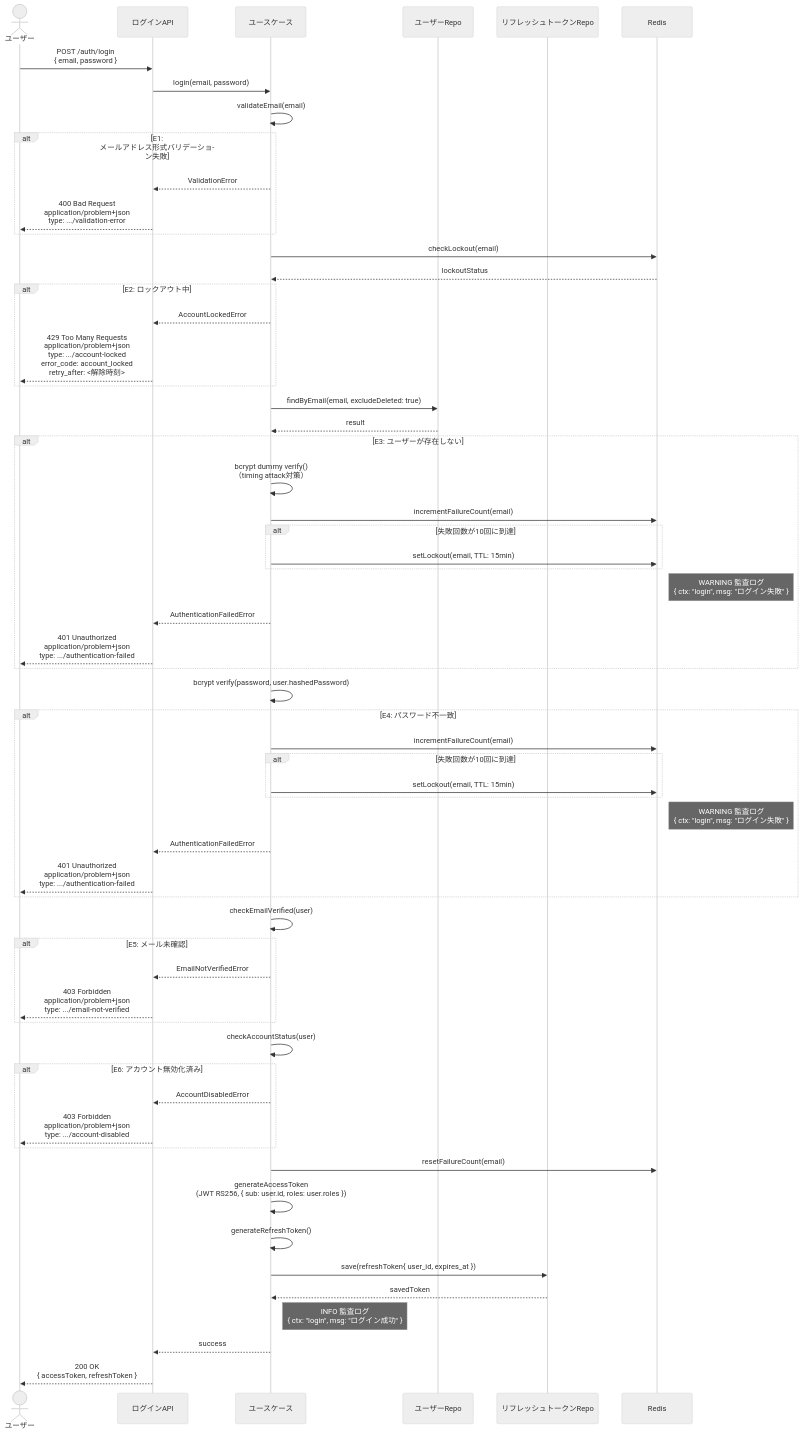
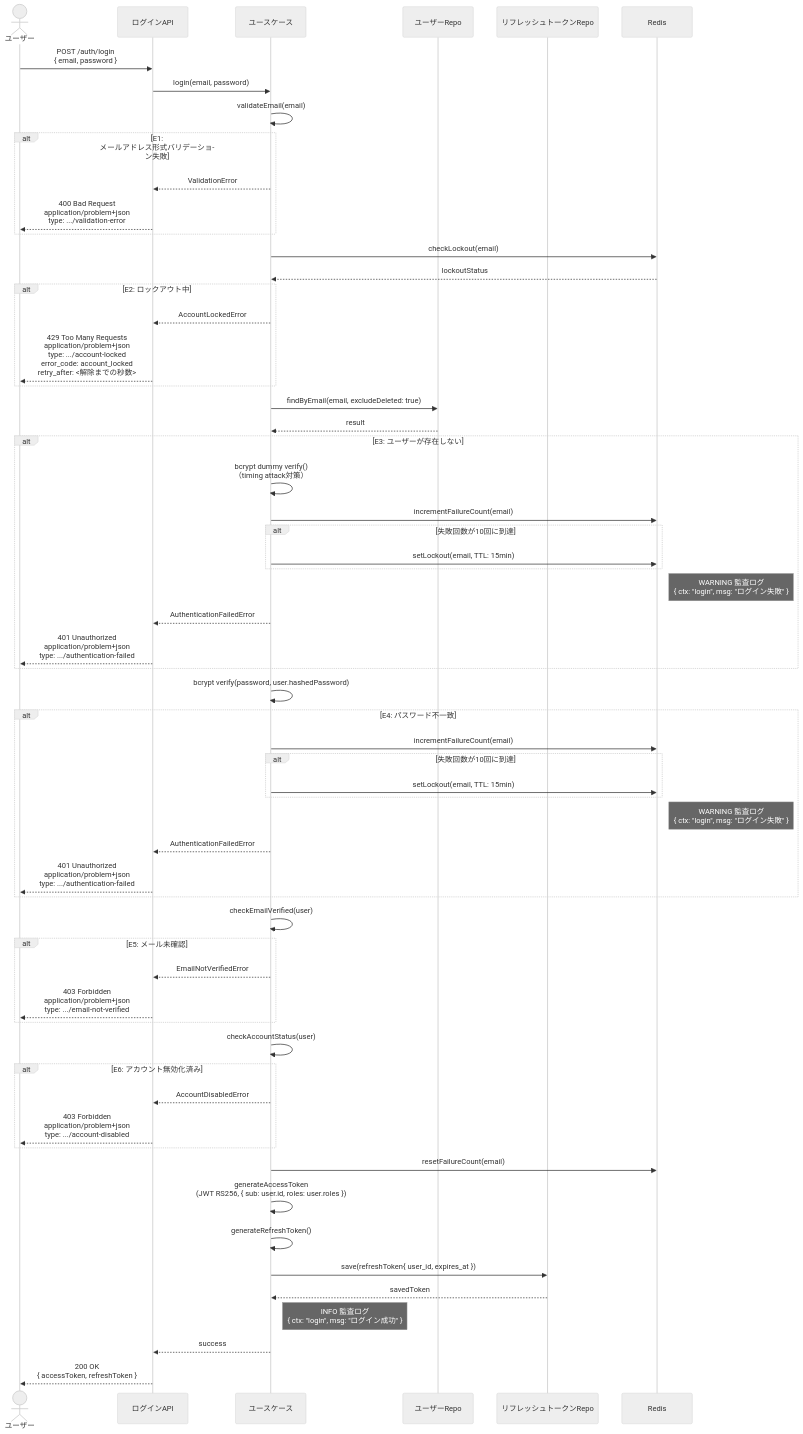
The second of 2 diagrams in .docs/design/buc/BUC-U04.md (suunet/POC_HYDRA_AUTH), drawn with Mermaid (neutral theme) before and after one commit. The commit also changed other lines of this file and 2 other files, not shown here.

Commit message:
docs(T-013): retry_after単位を秒数へ統一（BUC-U04/NFR-03）・VAR-11にRetry-Afterヘッダ明記

````diff
--- a/.docs/design/buc/BUC-U04.md
+++ b/.docs/design/buc/BUC-U04.md
@@ -133,62 +133,62 @@
 ```mermaid
 sequenceDiagram
   actor User as ユーザー
   participant LoginAPI as ログインAPI
   participant UseCase as ユースケース
   participant UserRepo as ユーザーRepo
   participant RefreshRepo as リフレッシュトークンRepo
   participant Redis as Redis
   User->>LoginAPI: POST /auth/login<br/>{ email, password }
   LoginAPI->>UseCase: login(email, password)
   UseCase->>UseCase: validateEmail(email)
   alt E1: メールアドレス形式バリデーション失敗
   UseCase-->>LoginAPI: ValidationError
   LoginAPI-->>User: 400 Bad Request<br/>application/problem+json<br/>type: .../validation-error
   end
   UseCase->>Redis: checkLockout(email)
   Redis-->>UseCase: lockoutStatus
   alt E2: ロックアウト中
   UseCase-->>LoginAPI: AccountLockedError
-  LoginAPI-->>User: 429 Too Many Requests<br/>application/problem+json<br/>type: .../account-locked<br/>error_code: account_locked<br/>retry_after: <解除時刻>
+  LoginAPI-->>User: 429 Too Many Requests<br/>application/problem+json<br/>type: .../account-locked<br/>error_code: account_locked<br/>retry_after: <解除までの秒数>
   end
   UseCase->>UserRepo: findByEmail(email, excludeDeleted: true)
   UserRepo-->>UseCase: result
   alt E3: ユーザーが存在しない
   UseCase->>UseCase: bcrypt dummy verify()<br/>（timing attack対策）
   UseCase->>Redis: incrementFailureCount(email)
   alt 失敗回数が10回に到達
   UseCase->>Redis: setLockout(email, TTL: 15min)
   end
   Note right of Redis: WARNING 監査ログ<br/>{ ctx: "login", msg: "ログイン失敗" }
   UseCase-->>LoginAPI: AuthenticationFailedError
   LoginAPI-->>User: 401 Unauthorized<br/>application/problem+json<br/>type: .../authentication-failed
   end
   UseCase->>UseCase: bcrypt verify(password, user.hashedPassword)
   alt E4: パスワード不一致
   UseCase->>Redis: incrementFailureCount(email)
   alt 失敗回数が10回に到達
   UseCase->>Redis: setLockout(email, TTL: 15min)
   end
   Note right of Redis: WARNING 監査ログ<br/>{ ctx: "login", msg: "ログイン失敗" }
   UseCase-->>LoginAPI: AuthenticationFailedError
   LoginAPI-->>User: 401 Unauthorized<br/>application/problem+json<br/>type: .../authentication-failed
   end
   UseCase->>UseCase: checkEmailVerified(user)
   alt E5: メール未確認
   UseCase-->>LoginAPI: EmailNotVerifiedError
   LoginAPI-->>User: 403 Forbidden<br/>application/problem+json<br/>type: .../email-not-verified
   end
   UseCase->>UseCase: checkAccountStatus(user)
   alt E6: アカウント無効化済み
   UseCase-->>LoginAPI: AccountDisabledError
   LoginAPI-->>User: 403 Forbidden<br/>application/problem+json<br/>type: .../account-disabled
   end
   UseCase->>Redis: resetFailureCount(email)
   UseCase->>UseCase: generateAccessToken<br/>(JWT RS256, { sub: user.id, roles: user.roles })
   UseCase->>UseCase: generateRefreshToken()
   UseCase->>RefreshRepo: save(refreshToken{ user_id, expires_at })
   RefreshRepo-->>UseCase: savedToken
   Note right of UseCase: INFO 監査ログ<br/>{ ctx: "login", msg: "ログイン成功" }
   UseCase-->>LoginAPI: success
   LoginAPI-->>User: 200 OK<br/>{ accessToken, refreshToken }
 ```
````
